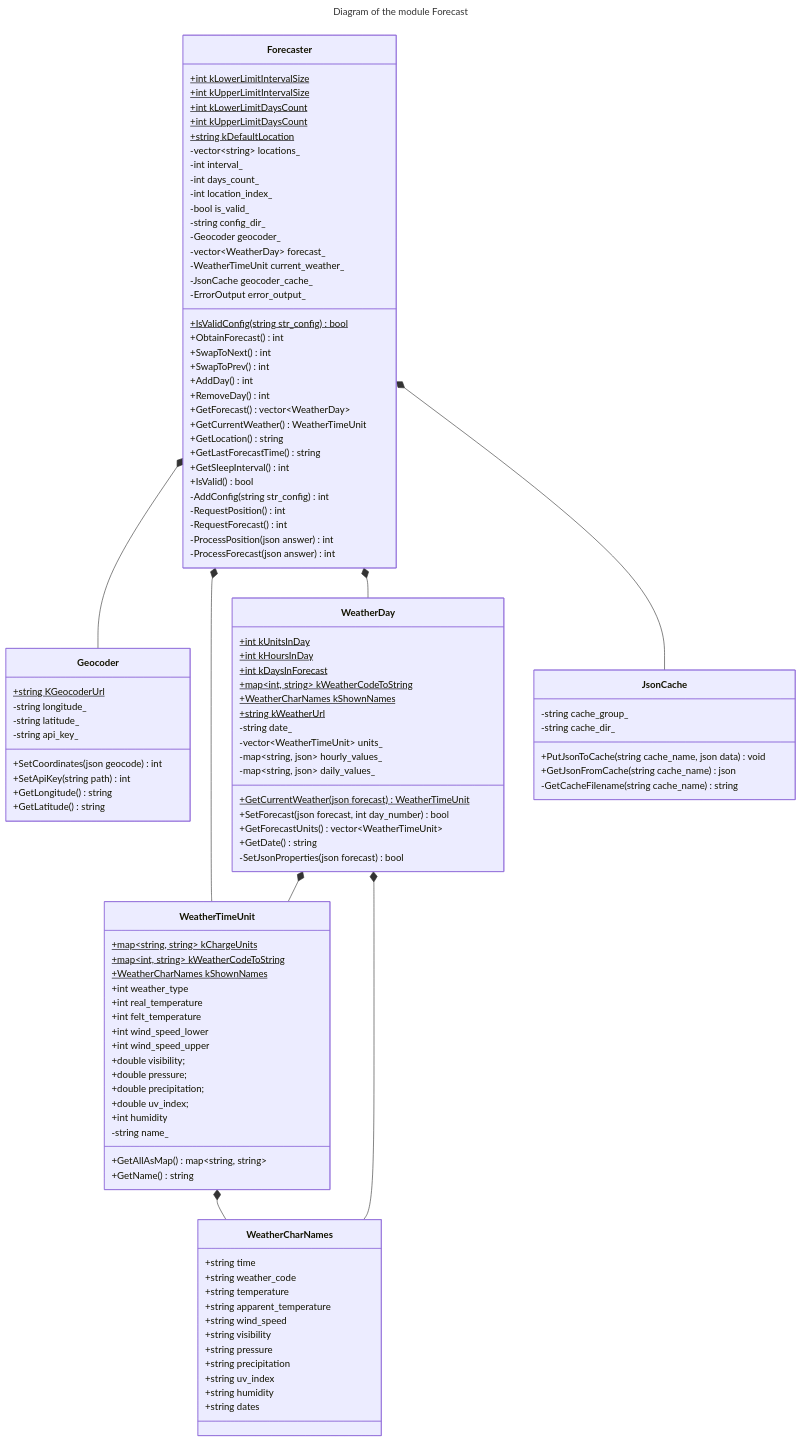
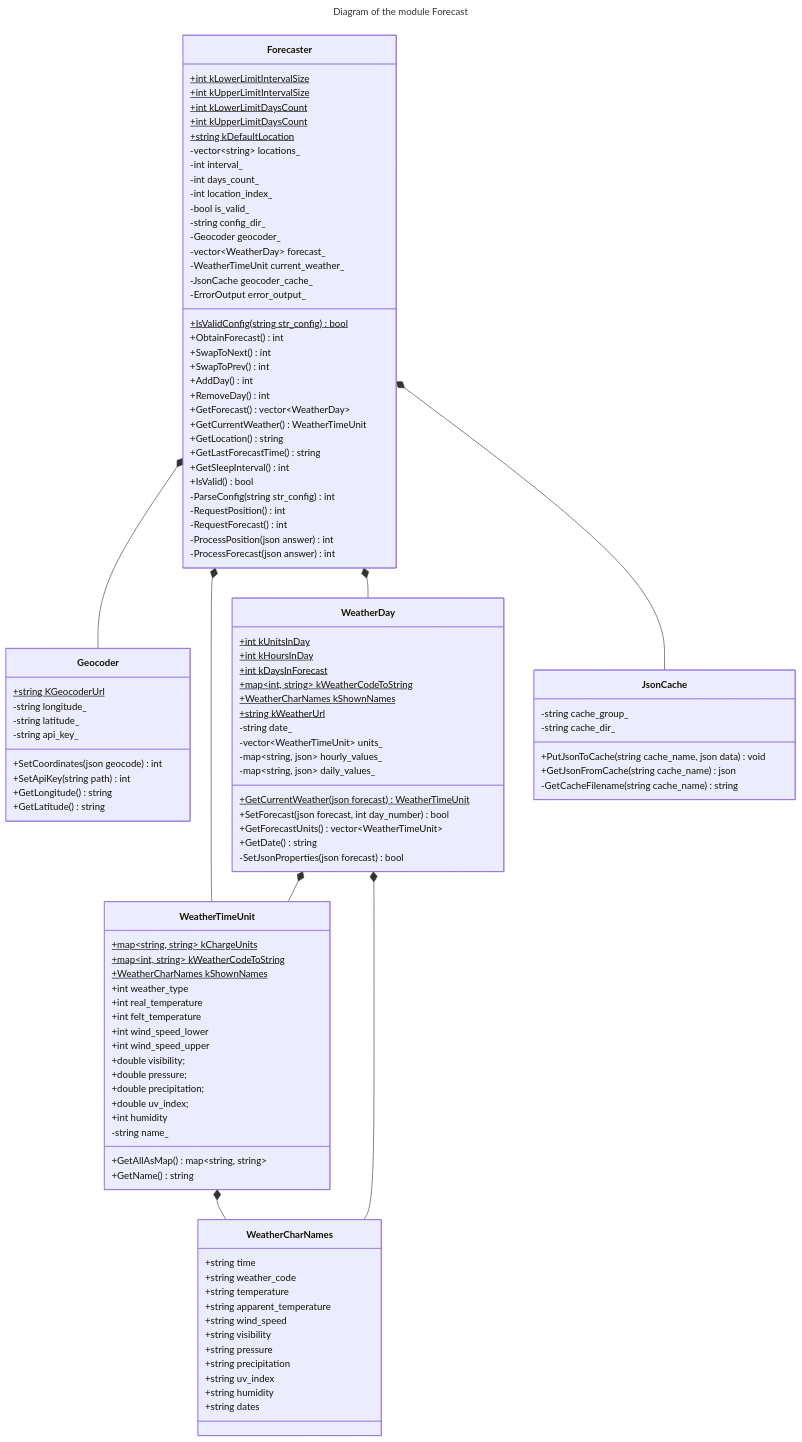
Before and after one commit to bialger/weather-forecast: the third of 4 diagrams in docs/dev/architecture.md, drawn with Mermaid. The commit also changed other lines of this file and 13 other files, not shown here.

```diff
--- a/docs/dev/architecture.md
+++ b/docs/dev/architecture.md
@@ -181,7 +181,7 @@
     +GetLastForecastTime() string
     +GetSleepInterval() int
     +IsValid() bool
-    -AddConfig(string str_config) int
+    -ParseConfig(string str_config) int
     -RequestPosition() int
     -RequestForecast() int
     -ProcessPosition(json answer) int
```
